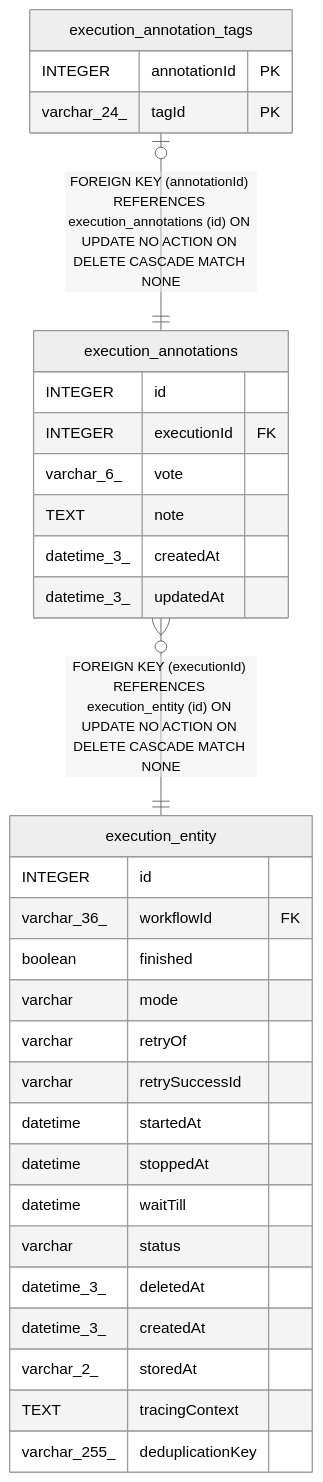
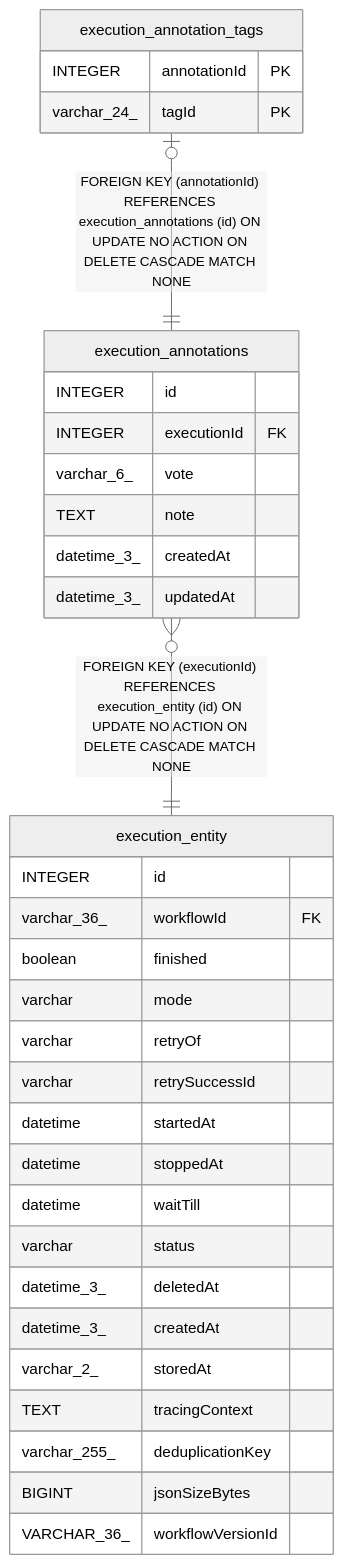
The diagram in docs/generated/sqlite-schema/execution_annotations.md (mayankjain1815-commits/n8n), drawn with Mermaid (neutral theme) before and after one commit. The commit also changed 40 other files, not shown here.

Commit message:
feat(core): Add sizeBytes and workflowVersionId to executions (no-changelog) (#32067)

````diff
--- a/docs/generated/sqlite-schema/execution_annotations.md
+++ b/docs/generated/sqlite-schema/execution_annotations.md
@@ -40,36 +40,38 @@
 ```mermaid
 erDiagram
 
 "execution_annotation_tags" |o--|| "execution_annotations" : "FOREIGN KEY (annotationId) REFERENCES execution_annotations (id) ON UPDATE NO ACTION ON DELETE CASCADE MATCH NONE"
 "execution_annotations" }o--|| "execution_entity" : "FOREIGN KEY (executionId) REFERENCES execution_entity (id) ON UPDATE NO ACTION ON DELETE CASCADE MATCH NONE"
 
 "execution_annotations" {
   INTEGER id
   INTEGER executionId FK
   varchar_6_ vote
   TEXT note
   datetime_3_ createdAt
   datetime_3_ updatedAt
 }
 "execution_annotation_tags" {
   INTEGER annotationId PK
   varchar_24_ tagId PK
 }
 "execution_entity" {
   INTEGER id
   varchar_36_ workflowId FK
   boolean finished
   varchar mode
   varchar retryOf
   varchar retrySuccessId
   datetime startedAt
   datetime stoppedAt
   datetime waitTill
   varchar status
   datetime_3_ deletedAt
   datetime_3_ createdAt
   varchar_2_ storedAt
   TEXT tracingContext
   varchar_255_ deduplicationKey
+  BIGINT jsonSizeBytes
+  VARCHAR_36_ workflowVersionId
 }
 ```
````
